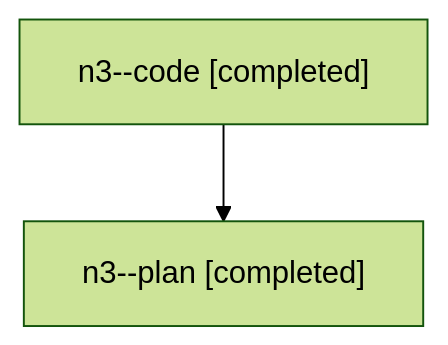
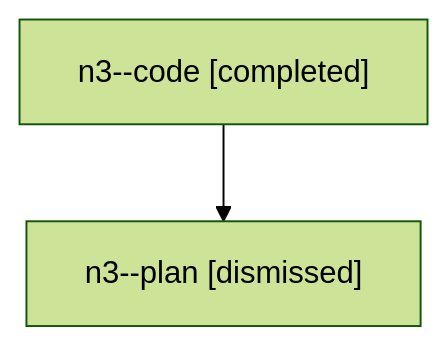
The diagram in families/bbugyi200.athena.n3.md (sase-org/sase--agents), drawn with Mermaid (forest theme) before and after one commit. The commit also changed other lines of this file and 740 other files, not shown here.

````diff
--- a/families/bbugyi200.athena.n3.md
+++ b/families/bbugyi200.athena.n3.md
@@ -9,6 +9,6 @@
 ```mermaid
 flowchart TD
   n0["n3--code [completed]"]
-  n1["n3--plan [completed]"]
+  n1["n3--plan [dismissed]"]
   n0 --> n1
 ```
````
